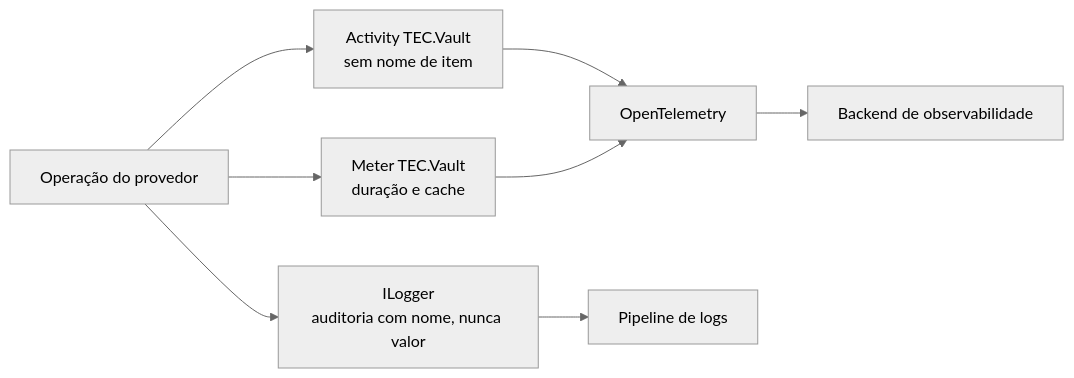
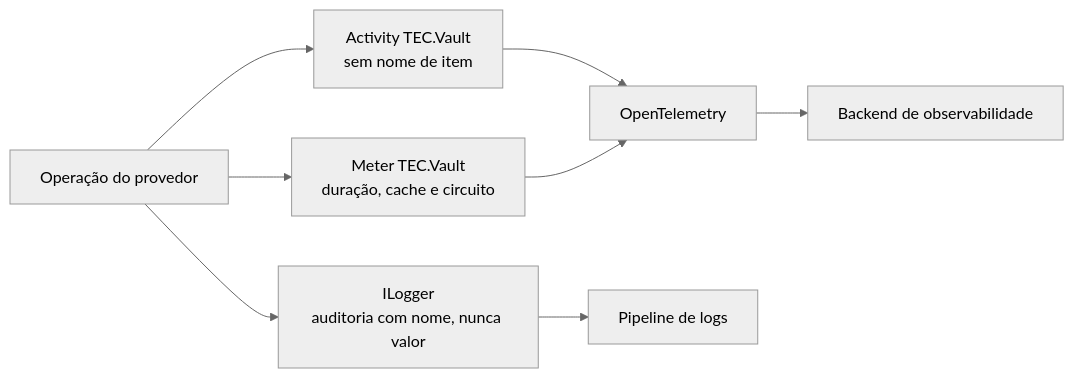
The diagram in docs/observabilidade.md (tudoemcodigo/lib-tec-vault), drawn with Mermaid (neutral theme) before and after one commit. The commit also changed other lines of this file and 19 other files, not shown here.

````diff
--- a/docs/observabilidade.md
+++ b/docs/observabilidade.md
@@ -29,10 +23,10 @@
 ```mermaid
 flowchart LR
     OP["Operação do provedor"] --> ACT["Activity TEC.Vault<br/>sem nome de item"]
-    OP --> MET["Meter TEC.Vault<br/>duração e cache"]
+    OP --> MET["Meter TEC.Vault<br/>duração, cache e circuito"]
     OP --> LOG["ILogger<br/>auditoria com nome, nunca valor"]
     ACT --> OTEL["OpenTelemetry"]
     MET --> OTEL
     LOG --> SINK["Pipeline de logs"]
     OTEL --> BK["Backend de observabilidade"]
 ```
````
